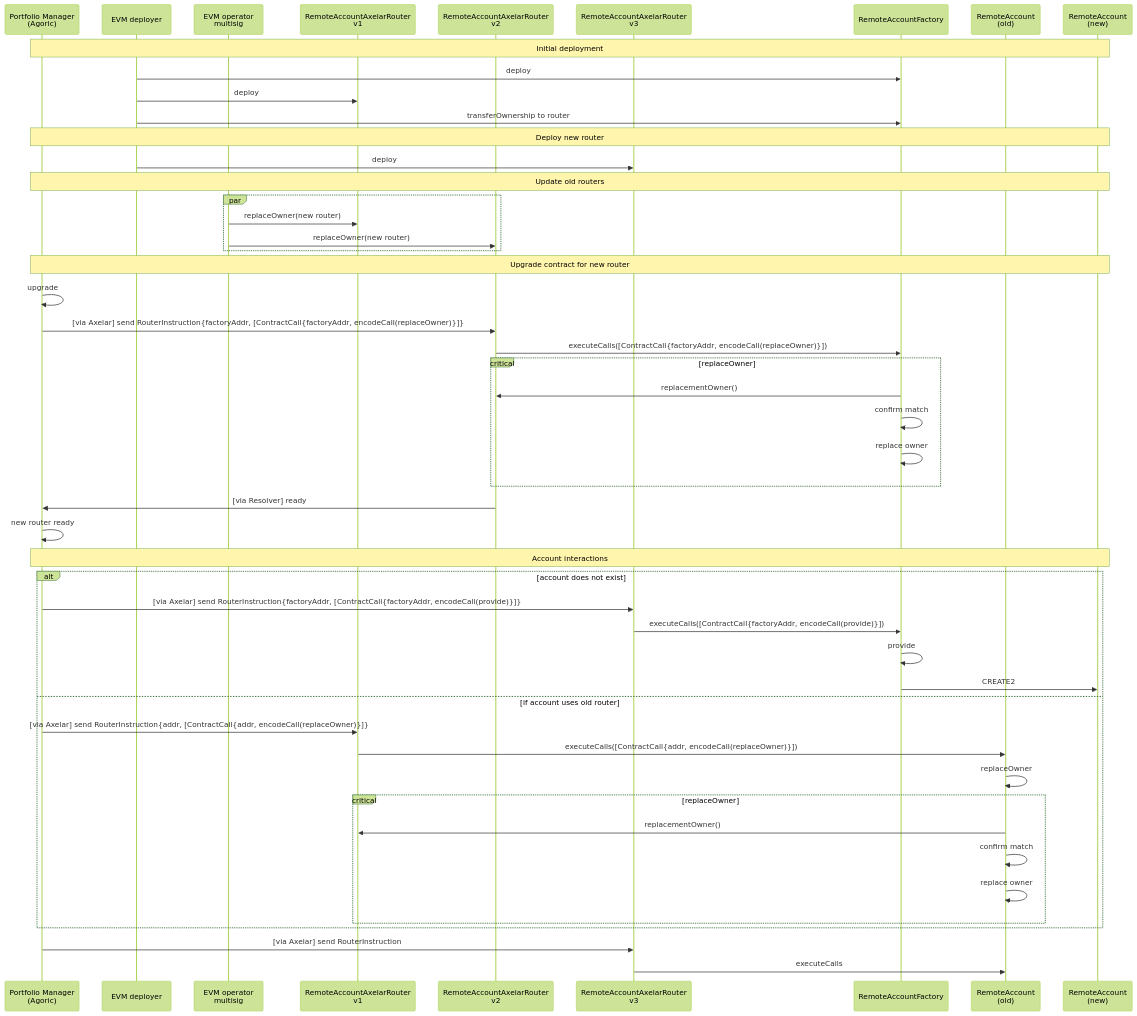
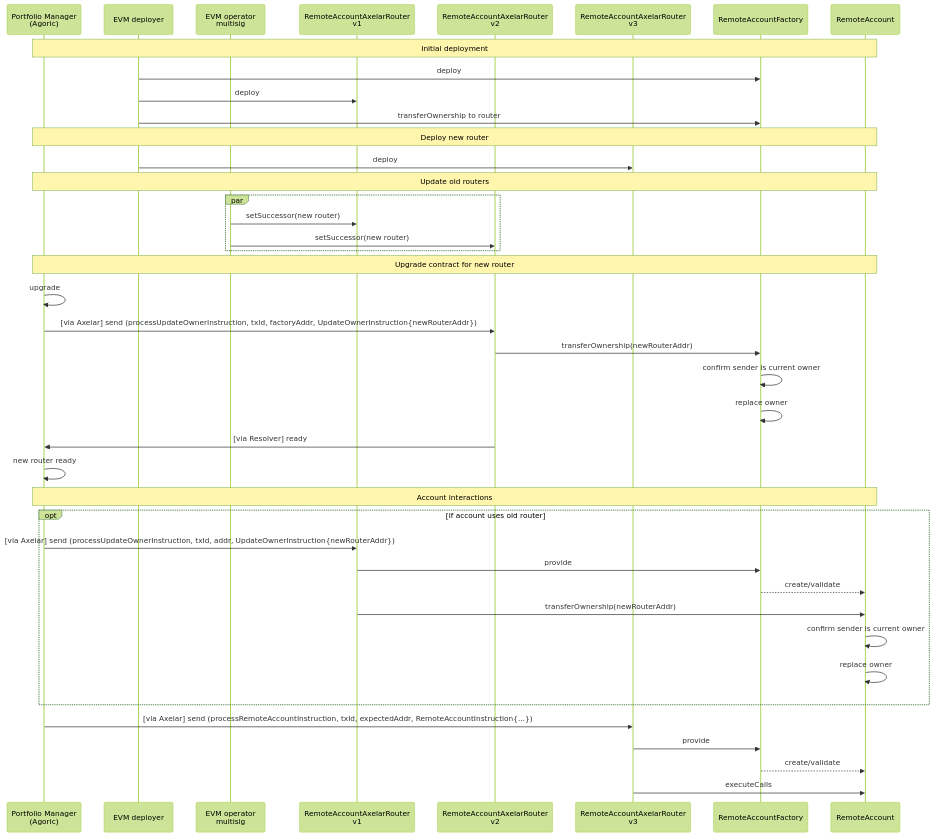
One commit to agoric-labs/agoric-to-axelar-local changed the eighth of 8 diagrams in packages/axelar-local-dev-cosmos/src/contracts/design.md. Above: the diagram before and after it, drawn with Mermaid (forest theme). The commit also changed other lines of this file, not shown here.

Commit message:
Update diagrams for #65

````diff
--- a/packages/axelar-local-dev-cosmos/src/contracts/design.md
+++ b/packages/axelar-local-dev-cosmos/src/contracts/design.md
@@ -416,57 +468,48 @@
 ```mermaid
 sequenceDiagram
     participant PM as Portfolio Manager<br>(Agoric)
     participant EVM_DEPLOYER as EVM deployer
     participant EVM_OPERATOR as EVM operator<br>multisig
     participant ROUTER1 as RemoteAccountAxelarRouter<br>v1
     participant ROUTER2 as RemoteAccountAxelarRouter<br>v2
     participant ROUTERn as RemoteAccountAxelarRouter<br>v3
     participant RAF as RemoteAccountFactory
-    participant RA1 as RemoteAccount<br>(old)
-    participant RAn as RemoteAccount<br>(new)
+    participant RA as RemoteAccount
 
-    Note over PM,RAn: Initial deployment
+    Note over PM,RA: Initial deployment
     EVM_DEPLOYER->>RAF: deploy
     EVM_DEPLOYER->>ROUTER1: deploy
     EVM_DEPLOYER->>RAF: transferOwnership to router
 
-    Note over PM,RAn: Deploy new router
+    Note over PM,RA: Deploy new router
     EVM_DEPLOYER->>ROUTERn: deploy
 
-    Note over PM,RAn: Update old routers
+    Note over PM,RA: Update old routers
     par
-        EVM_OPERATOR->>ROUTER1: replaceOwner(new router)
-        EVM_OPERATOR->>ROUTER2: replaceOwner(new router)
+        EVM_OPERATOR->>ROUTER1: setSuccessor(new router)
+        EVM_OPERATOR->>ROUTER2: setSuccessor(new router)
     end
 
-    Note over PM,RAn: Upgrade contract for new router
+    Note over PM,RA: Upgrade contract for new router
     PM->>PM: upgrade
-    PM->>ROUTER2: [via Axelar] send RouterInstruction{factoryAddr, [ContractCall{factoryAddr, encodeCall(replaceOwner)}]}
-    ROUTER2->>RAF: executeCalls([ContractCall{factoryAddr, encodeCall(replaceOwner)}])
-    critical replaceOwner
-        RAF->>ROUTER2: replacementOwner()
-        RAF->>RAF: confirm match
-        RAF->>RAF: replace owner
-    end
+    PM->>ROUTER2: [via Axelar] send (processUpdateOwnerInstruction, txId, factoryAddr, UpdateOwnerInstruction{newRouterAddr})
+    ROUTER2->>RAF: transferOwnership(newRouterAddr)
+    RAF->>RAF: confirm sender is current owner
+    RAF->>RAF: replace owner
     ROUTER2->>PM: [via Resolver] ready
     PM->>PM: new router ready
     
-    Note over PM,RAn: Account interactions
-    alt account does not exist
-        PM->>ROUTERn: [via Axelar] send RouterInstruction{factoryAddr, [ContractCall{factoryAddr, encodeCall(provide)}]}
-        ROUTERn->>RAF: executeCalls([ContractCall{factoryAddr, encodeCall(provide)}])
-        RAF->>RAF: provide
-        RAF->>RAn: CREATE2
-    else if account uses old router
-        PM->>ROUTER1: [via Axelar] send RouterInstruction{addr, [ContractCall{addr, encodeCall(replaceOwner)}]}
-        ROUTER1->>RA1: executeCalls([ContractCall{addr, encodeCall(replaceOwner)}])
-        RA1->>RA1: replaceOwner
-        critical replaceOwner
-            RA1->>ROUTER1: replacementOwner()
-            RA1->>RA1: confirm match
-            RA1->>RA1: replace owner
-        end
+    Note over PM,RA: Account interactions
+    opt if account uses old router
+        PM->>ROUTER1: [via Axelar] send (processUpdateOwnerInstruction, txId, addr, UpdateOwnerInstruction{newRouterAddr})
+        ROUTER1->>RAF: provide
+        RAF-->>RA: create/validate
+        ROUTER1->>RA: transferOwnership(newRouterAddr)
+        RA->>RA: confirm sender is current owner
+        RA->>RA: replace owner
     end
-    PM->>ROUTERn: [via Axelar] send RouterInstruction
-    ROUTERn->>RA1: executeCalls
+    PM->>ROUTERn: [via Axelar] send (processRemoteAccountInstruction, txId, expectedAddr, RemoteAccountInstruction{...})
+    ROUTERn->>RAF: provide
+    RAF-->>RA: create/validate
+    ROUTERn->>RA: executeCalls
 ```
````
